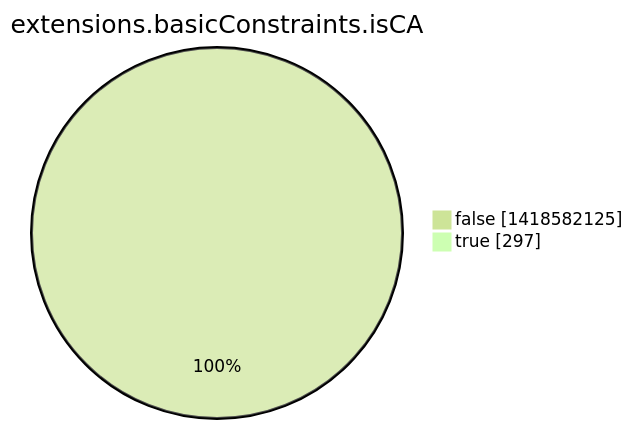
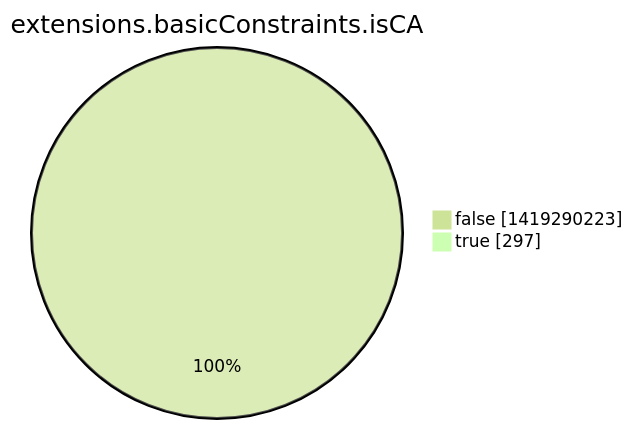
One commit to christiankrug/ctmonitor_visualization changed the eighth of 15 diagrams in argon2022/README.md. Above: the diagram before and after it, drawn with Mermaid (forest theme). The commit also changed other lines of this file, not shown here.

````diff
--- a/argon2022/README.md
+++ b/argon2022/README.md
@@ -2760,6 +2760,6 @@
 ```mermaid
 pie showData
 title extensions.basicConstraints.isCA
-"false" :1418582125
+"false" :1419290223
 "true" :297
 ```
````
